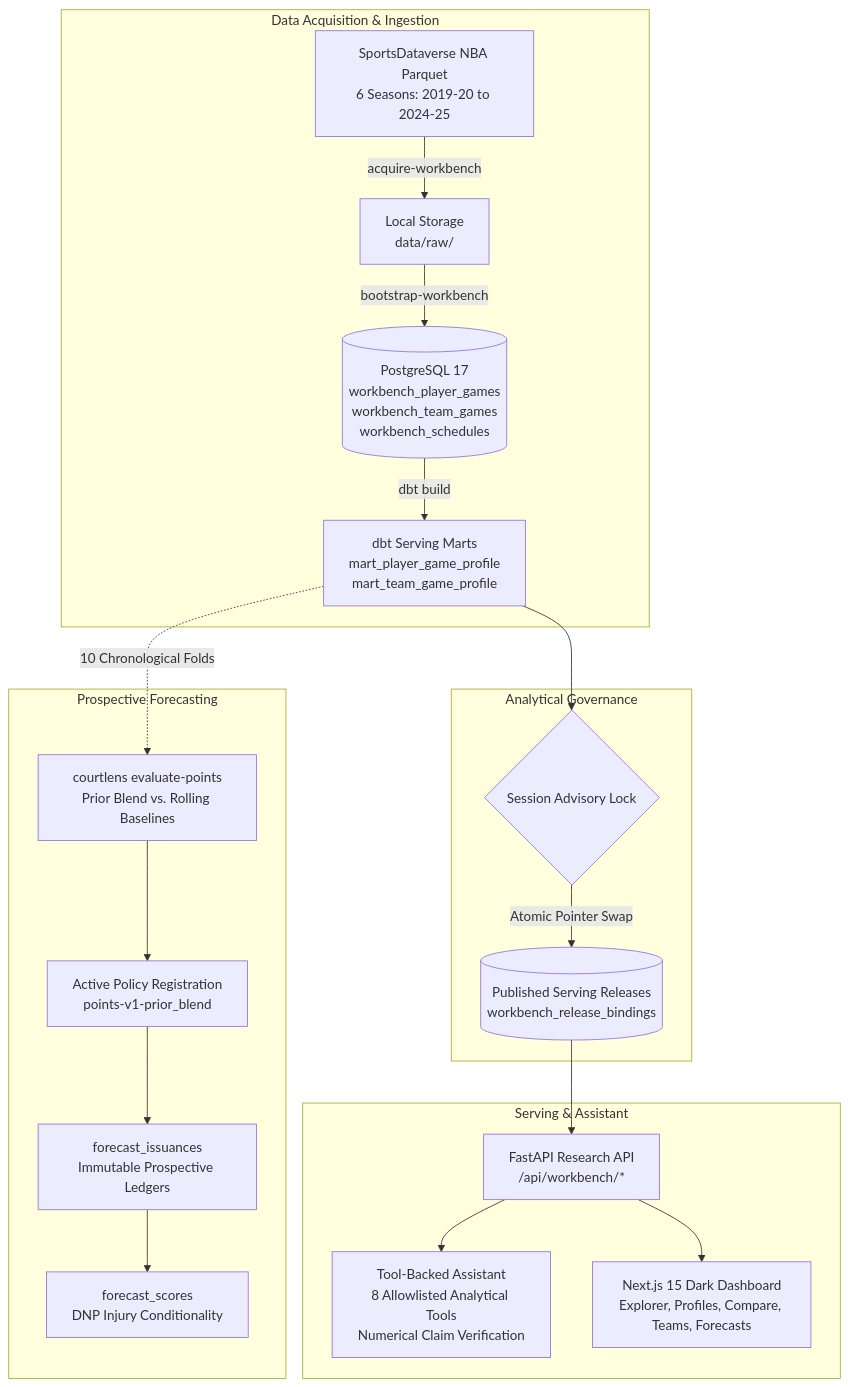
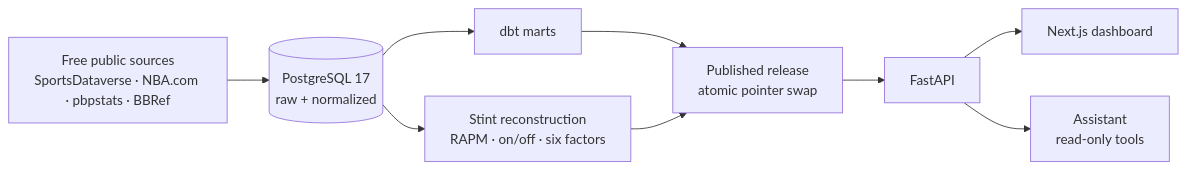
The diagram in README.md (calebhabesh/courtlens), drawn with Mermaid before and after one commit. The commit also changed other lines of this file and 1 other file, not shown here.

````diff
--- a/README.md
+++ b/README.md
@@ -140,26 +31,11 @@
 ```mermaid
-flowchart TD
-    subgraph Data Acquisition & Ingestion
-        RAW[SportsDataverse NBA Parquet<br/>6 Seasons: 2019-20 to 2024-25] -->|acquire-workbench| STG_FILES[Local Storage<br/>data/raw/]
-        STG_FILES -->|bootstrap-workbench| FACTS[(PostgreSQL 17<br/>workbench_player_games<br/>workbench_team_games<br/>workbench_schedules)]
-        FACTS -->|dbt build| WAREHOUSE[dbt Serving Marts<br/>mart_player_game_profile<br/>mart_team_game_profile]
-    end
-
-    subgraph Analytical Governance
-        WAREHOUSE --> LOCK{Session Advisory Lock}
-        LOCK -->|Atomic Pointer Swap| SNAPSHOTS[(Published Serving Releases<br/>workbench_release_bindings)]
-    end
-
-    subgraph Prospective Forecasting
-        WAREHOUSE -.->|10 Chronological Folds| EVAL[courtlens evaluate-points<br/>Prior Blend vs. Rolling Baselines]
-        EVAL --> POLICY[Active Policy Registration<br/>points-v1-prior_blend]
-        POLICY --> ISSUANCE[forecast_issuances<br/>Immutable Prospective Ledgers]
-        ISSUANCE --> SCORING[forecast_scores<br/>DNP Injury Conditionality]
-    end
-
-    subgraph Serving & Assistant
-        SNAPSHOTS --> API[FastAPI Research API<br/>/api/workbench/*]
-        API --> ASST[Tool-Backed Assistant<br/>8 Allowlisted Analytical Tools<br/>Numerical Claim Verification]
-        API --> DASH[Next.js 15 Dark Dashboard<br/>Explorer, Profiles, Compare, Teams, Forecasts]
-    end
+flowchart LR
+    A[Free public sources<br/>SportsDataverse · NBA.com · pbpstats · BBRef] --> B[(PostgreSQL 17<br/>raw + normalized)]
+    B --> C[dbt marts]
+    B --> D[Stint reconstruction<br/>RAPM · on/off · six factors]
+    C --> E[Published release<br/>atomic pointer swap]
+    D --> E
+    E --> F[FastAPI]
+    F --> G[Next.js dashboard]
+    F --> H[Assistant<br/>read-only tools]
 ```
````
